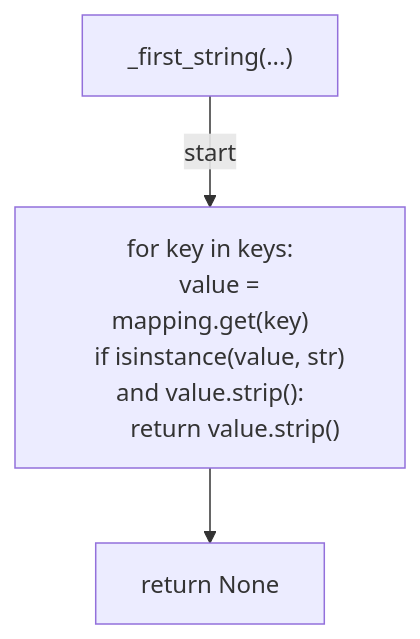
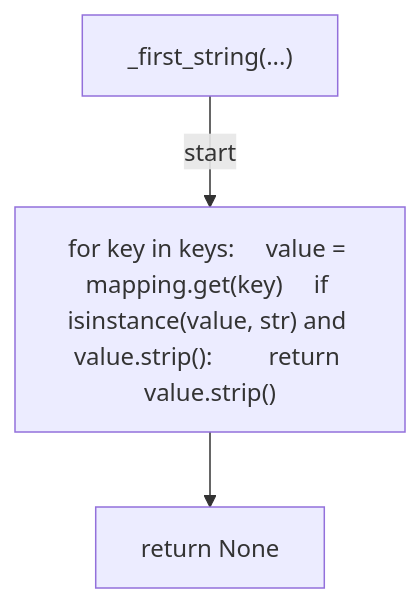
Before and after one commit to tvna/claude-md: the second of 6 diagrams in docs/generated/scripts/ast/preflight_codex_github_footer.md, drawn with Mermaid. The commit also changed other lines of this file and 29 other files, not shown here.

First line of the commit message:
docs(generated): regenerate decision tree and workflow diagrams (batch 3/5)

````diff
--- a/docs/generated/scripts/ast/preflight_codex_github_footer.md
+++ b/docs/generated/scripts/ast/preflight_codex_github_footer.md
@@ -26,11 +26,8 @@
 ```mermaid
 flowchart TD
     N001["_first_string(...)"]
-    N002["for key in keys:
-    value = mapping.get(key)
-    if isinstance(value, str) and value.strip():
-        return value.strip()"]
+    N002["for key in keys:     value = mapping.get(key)     if isinstance(value, str) and value.strip():         return value.strip()"]
     N003["return None"]
     N001 -->|"start"| N002
     N002 --> N003
 ```
````
